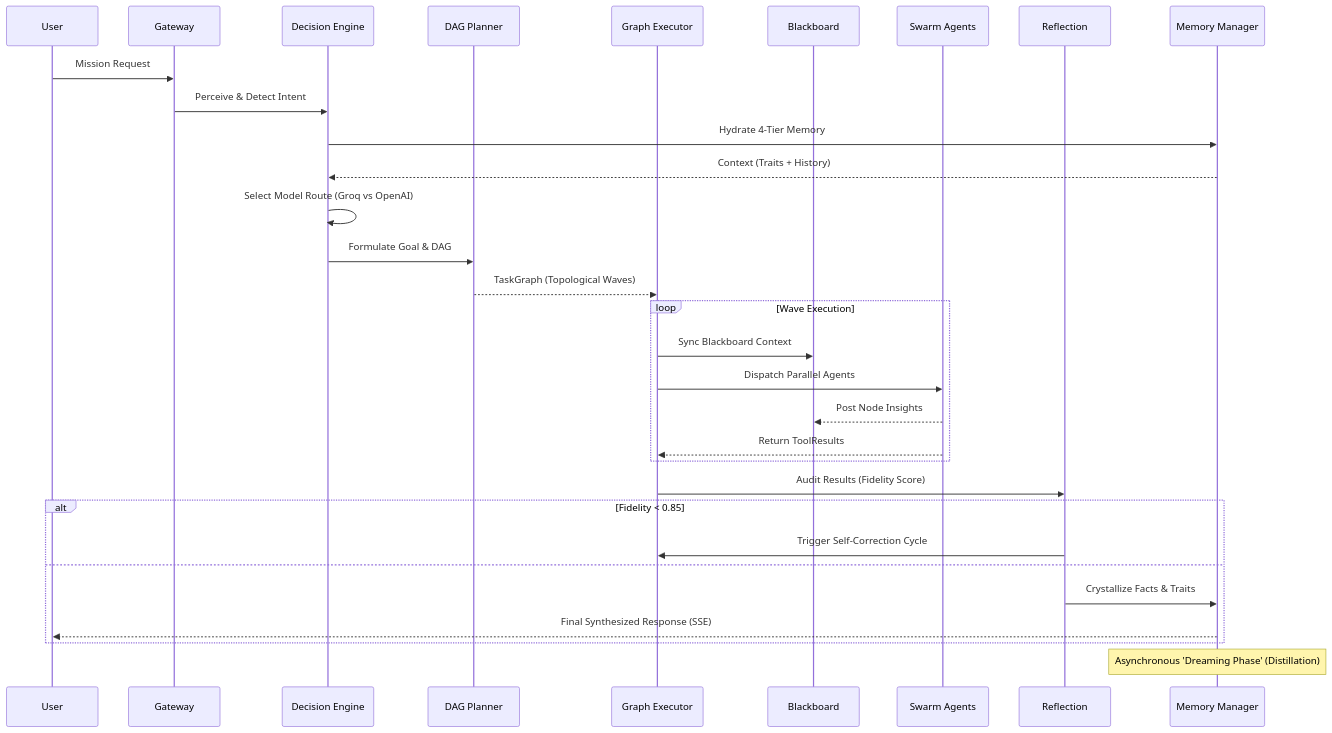
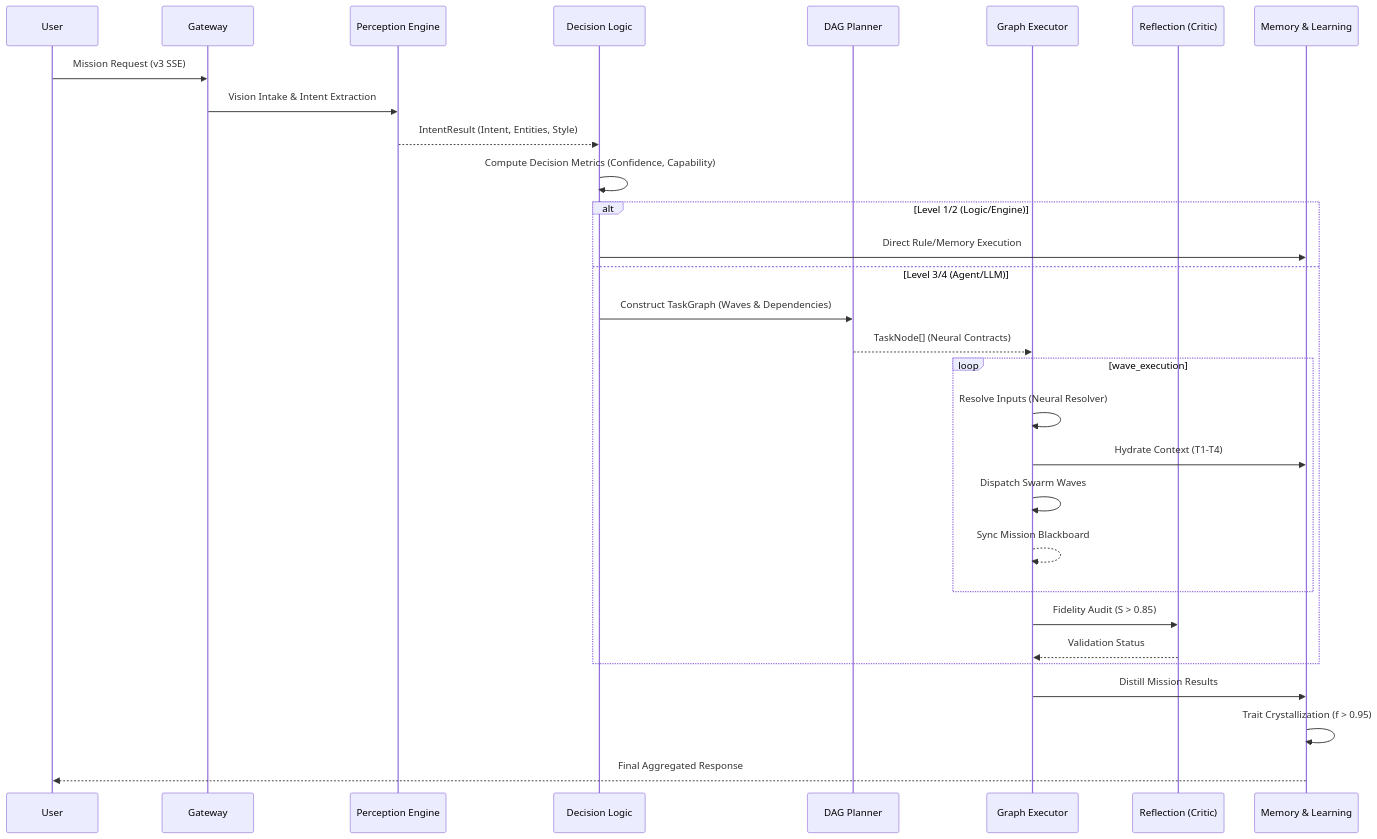
One commit to Blackdrg/levi-ai-innovate changed the second of 2 diagrams in README.md. Above: the diagram before and after it, drawn with Mermaid. The commit also changed other lines of this file and 81 other files, not shown here.

````diff
--- a/README.md
+++ b/README.md
@@ -81,37 +124,35 @@
 ```mermaid
 sequenceDiagram
     participant U as User
     participant G as Gateway
-    participant D as Decision Engine
-    participant P as DAG Planner
-    participant E as Graph Executor
-    participant B as Blackboard
-    participant S as Swarm Agents
-    participant R as Reflection
-    participant M as Memory Manager
+    participant P as Perception Engine
+    participant D as Decision Logic
+    participant PL as DAG Planner
+    participant EX as Graph Executor
+    participant RF as Reflection (Critic)
+    participant ML as Memory & Learning
 
-    U->>G: Mission Request
-    G->>D: Perceive & Detect Intent
-    D->>M: Hydrate 4-Tier Memory
-    M-->>D: Context (Traits + History)
-    D->>D: Select Model Route (Groq vs OpenAI)
-    D->>P: Formulate Goal & DAG
-    P-->>E: TaskGraph (Topological Waves)
+    U->>G: Mission Request (v3 SSE)
+    G->>P: Vision Intake & Intent Extraction
+    P-->>D: IntentResult (Intent, Entities, Style)
+    D->>D: Compute Decision Metrics (Confidence, Capability)
     
-    loop Wave Execution
-        E->>B: Sync Blackboard Context
-        E->>S: Dispatch Parallel Agents
-        S-->>B: Post Node Insights
-        S-->>E: Return ToolResults
+    alt Level 1/2 (Logic/Engine)
+        D->>ML: Direct Rule/Memory Execution
+    else Level 3/4 (Agent/LLM)
+        D->>PL: Construct TaskGraph (Waves & Dependencies)
+        PL-->>EX: TaskNode[] (Neural Contracts)
+        loop wave_execution
+            EX->>EX: Resolve Inputs (Neural Resolver)
+            EX->>ML: Hydrate Context (T1-T4)
+            EX->>EX: Dispatch Swarm Waves
+            EX-->>EX: Sync Mission Blackboard
+        end
+        EX->>RF: Fidelity Audit (S > 0.85)
+        RF-->>EX: Validation Status
     end
     
-    E->>R: Audit Results (Fidelity Score)
-    alt Fidelity < 0.85
-        R->>E: Trigger Self-Correction Cycle
-    else
-        R->>M: Crystallize Facts & Traits
-        M-->>U: Final Synthesized Response (SSE)
-    end
-    
-    Note over M: Asynchronous 'Dreaming Phase' (Distillation)
+    EX->>ML: Distill Mission Results
+    ML->>ML: Trait Crystallization (f > 0.95)
+    ML-->>U: Final Aggregated Response
 ```
````
